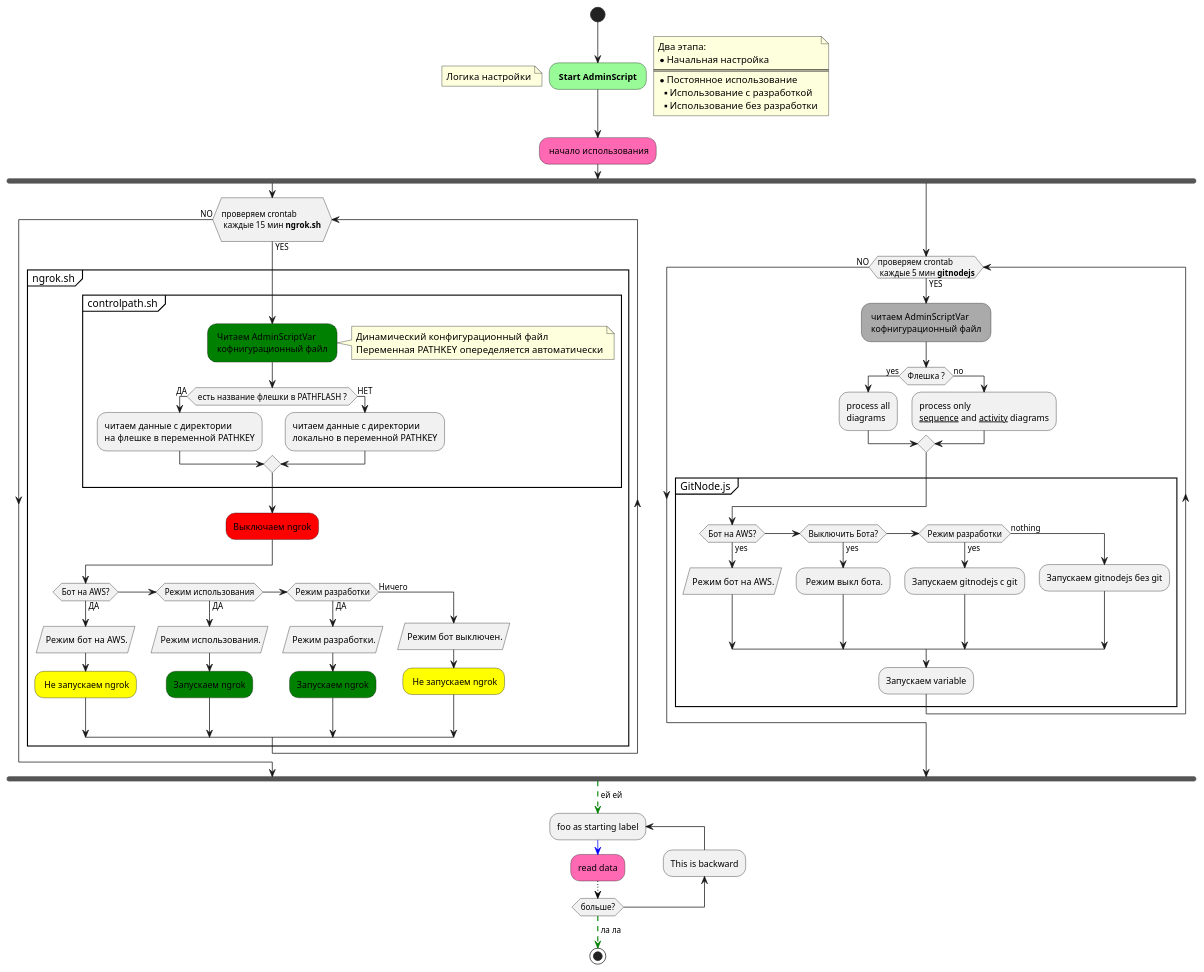
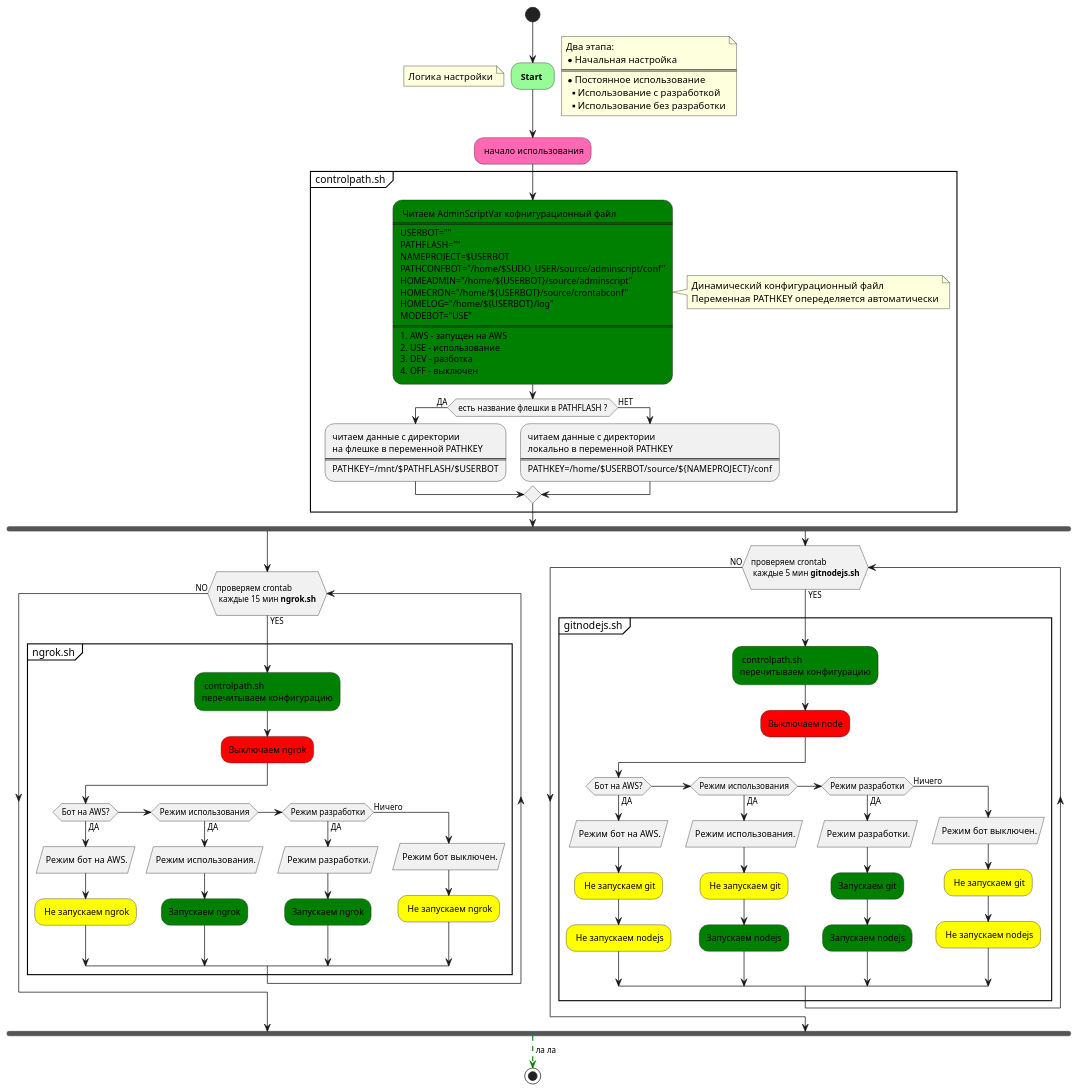
The diagram in conf/algoritm.pu (N1kD21/adminscript), drawn with PlantUML before and after one commit. The commit also changed 5 other files, not shown here.

Commit message:
delete variable.sh + change uml diagram

```diff
--- a/conf/algoritm.pu
+++ b/conf/algoritm.pu
@@ -1,132 +1,140 @@
 @startuml
 
 
 start
 
 
-#palegreen: **Start AdminScript** ;
+#palegreen: **Start ** ;
 floating note left: Логика настройки
 note right
 Два этапа:
 * Начальная настройка
 ====
 * Постоянное использование
 ** Использование с разработкой
 ** Использование без разработки
 end note
 
-
-
 #HotPink: начало использования;
-
-
-
-fork
-
-while (\nпроверяем crontab \n каждые 15 мин <b>ngrok.sh</b> \n) is (YES)
-
-
-partition " ngrok.sh " {
 
 partition " controlpath.sh " {
 
-#GREEN: Читаем AdminScriptVar \n кофнигурационный файл ;
+#GREEN: Читаем AdminScriptVar  кофнигурационный файл
+====
+USERBOT=""
+PATHFLASH=""
+NAMEPROJECT=$USERBOT
+PATHCONFBOT="/home/$SUDO_USER/source/adminscript/conf"
+HOMEADMIN="/home/${USERBOT}/source/adminscript"
+HOMECRON="/home/${USERBOT}/source/crontabconf"
+HOMELOG="/home/${USERBOT}/log"
+MODEBOT="USE"
+=====
+# AWS - запущен на AWS
+# USE - использование
+# DEV - разботка
+# OFF - выключен;
+
 
 note right
 Динамический конфигурационный файл
 Переменная PATHKEY опеределяется автоматически
 end note
 
 
 if ( есть название флешки в PATHFLASH ? ) then (ДА)
 :читаем данные с директории
-на флешке в переменной PATHKEY;
+на флешке в переменной PATHKEY
+====
+PATHKEY=/mnt/$PATHFLASH/$USERBOT;
 else (НЕТ)
 :читаем данные с директории
-локально в переменной PATHKEY;
+локально в переменной PATHKEY
+====
+PATHKEY=/home/$USERBOT/source/${NAMEPROJECT}/conf;
 endif
 
 }
 
-#RED:Выключаем ngrok;
+fork
+
+while (\nпроверяем crontab \n каждые 15 мин <b>ngrok.sh</b> \n) is (YES)
 
 
+partition " ngrok.sh " {
+
+#GREEN: controlpath.sh
+перечитываем конфигурацию;
+
+#RED:Выключаем ngrok;
 
 
 if (Бот на AWS?) then (ДА)
 : Режим бот на AWS./
 #YELLOW: Не запускаем ngrok;
 
 elseif (Режим использования) then (ДА)
 : Режим использования./
 #GREEN:Запускаем ngrok;
 
 elseif (Режим разработки) then (ДА)
 : Режим разработки./
 #GREEN:Запускаем ngrok;
 
 else (Ничего)
 
 : Режим бот выключен./
 #YELLOW: Не запускаем ngrok;
 
 endif
 
 
 }
 
 endwhile (NO)
 
 fork again
 
-while (проверяем crontab \n каждые 5 мин <b>gitnodejs</b>) is (YES)
+while (\nпроверяем crontab \n каждые 5 мин <b>gitnodejs.sh</b>\n) is (YES)
 
-#AAAAAA: читаем AdminScriptVar \n кофнигурационный файл ;
-if (Флешка ?) then (yes)
-:process all\ndiagrams;
-else (no)
-:process only
-__sequence__ and __activity__ diagrams;
+partition " gitnodejs.sh " {
+
+#GREEN: controlpath.sh
+перечитываем конфигурацию;
+
+#RED:Выключаем node;
+
+
+if (Бот на AWS?) then (ДА)
+: Режим бот на AWS./
+#YELLOW: Не запускаем git;
+#YELLOW: Не запускаем nodejs;
+elseif (Режим использования) then (ДА)
+: Режим использования./
+#YELLOW: Не запускаем git;
+#GREEN:Запускаем nodejs;
+elseif (Режим разработки) then (ДА)
+: Режим разработки./
+#GREEN:Запускаем git;
+#GREEN:Запускаем nodejs;
+else (Ничего)
+: Режим бот выключен./
+#YELLOW: Не запускаем git;
+#YELLOW: Не запускаем nodejs;
 endif
 
-partition " GitNode.js " {
-
-if (Бот на AWS?) then (yes)
-: Режим бот на AWS./
-
-elseif (Выключить Бота?) then (yes)
-: Режим выкл бота.;
-
-elseif (Режим разработки) then (yes)
-:Запускаем gitnodejs c git;
-
-else (nothing)
-:Запускаем gitnodejs без git;
-endif
-
-:Запускаем variable;
 
 }
 
 endwhile (NO)
 
 
 end fork
 
 
-
--[#green,dashed]-> ей ей;
-repeat :foo as starting label;
-
--[#blue]->
-#HotPink:read data;
--[#black,dotted]->
-backward:This is backward;
-repeat while (больше?)
-
 -[#green,dashed]-> ла ла;
 
 
 stop
 
 @enduml
```
